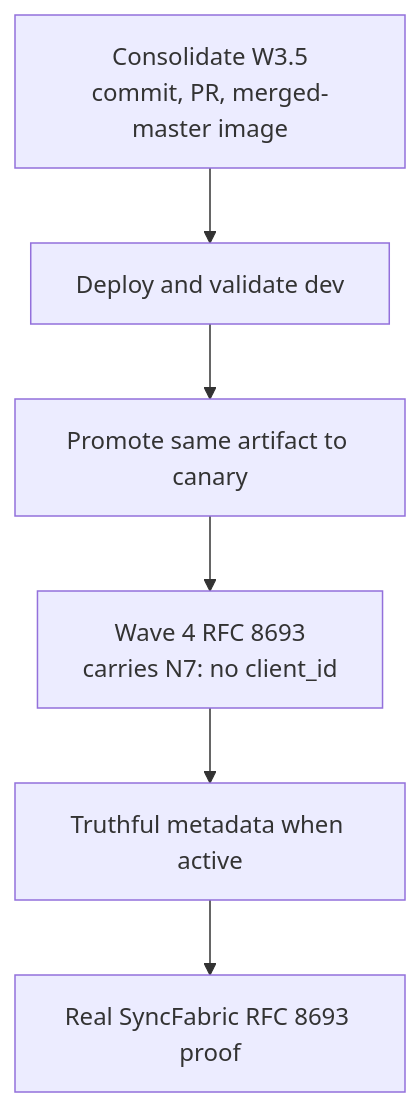
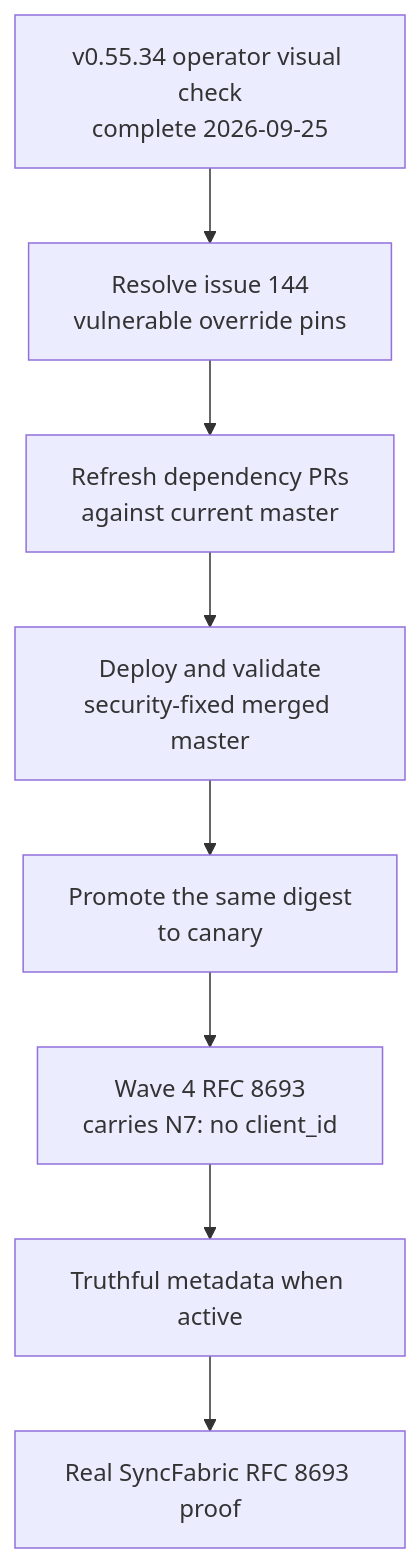
The diagram in docs/auth/REMAINING_WORK_REGISTER.md (pranems/SCIMServer), drawn with Mermaid before and after one commit. The commit also changed other lines of this file and 4 other files, not shown here.

````diff
--- a/docs/auth/REMAINING_WORK_REGISTER.md
+++ b/docs/auth/REMAINING_WORK_REGISTER.md
@@ -373,8 +377,10 @@
 ```mermaid
 flowchart TD
-  C35["Consolidate W3.5<br/>commit, PR, merged-master image"] --> DEV["Deploy and validate dev"]
-  DEV --> CANARY["Promote same artifact to canary"]
+  VISUAL["v0.55.34 operator visual check<br/>complete 2026-09-25"] --> PIN["Resolve issue 144<br/>vulnerable override pins"]
+  PIN --> DEPS["Refresh dependency PRs<br/>against current master"]
+  DEPS --> DEV["Deploy and validate<br/>security-fixed merged master"]
+  DEV --> CANARY["Promote the same digest<br/>to canary"]
   CANARY --> W41["Wave 4 RFC 8693<br/>carries N7: no client_id"]
   W41 --> W42["Truthful metadata when active"]
   W42 --> W43["Real SyncFabric RFC 8693 proof"]
 ```
````
